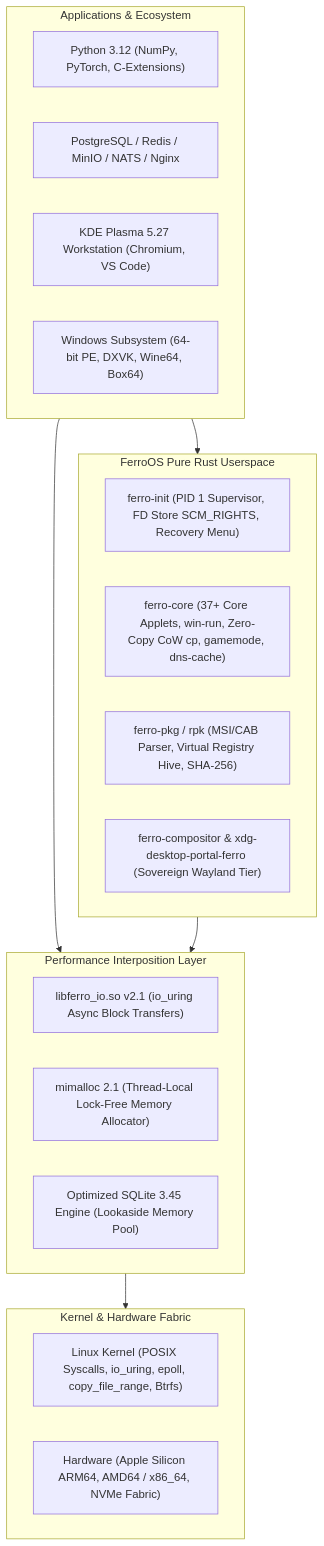
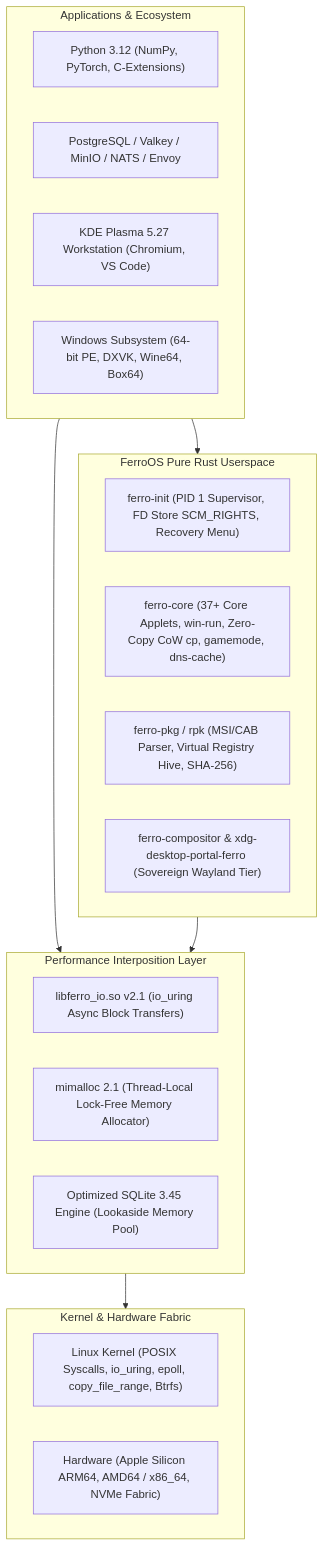
Before and after one commit to Praveen-1308/ferro-os: the diagram in README.md, drawn with Mermaid. The commit also changed other lines of this file and 23 other files, not shown here.

Commit message:
docs: streamline README with compact empirical charts, pre-run audit checklist, C100K benchmark, and custom cloud OS landscape

````diff
--- a/README.md
+++ b/README.md
@@ -530,32 +220,32 @@
 ```mermaid
 flowchart TD
     subgraph Apps["Applications & Ecosystem"]
         A1["Python 3.12 (NumPy, PyTorch, C-Extensions)"]
-        A2["PostgreSQL / Redis / MinIO / NATS / Nginx"]
+        A2["PostgreSQL / Valkey / MinIO / NATS / Envoy"]
         A3["KDE Plasma 5.27 Workstation (Chromium, VS Code)"]
         A4["Windows Subsystem (64-bit PE, DXVK, Wine64, Box64)"]
     end
 
     subgraph Userspace["FerroOS Pure Rust Userspace"]
         U1["ferro-init (PID 1 Supervisor, FD Store SCM_RIGHTS, Recovery Menu)"]
         U2["ferro-core (37+ Core Applets, win-run, Zero-Copy CoW cp, gamemode, dns-cache)"]
         U3["ferro-pkg / rpk (MSI/CAB Parser, Virtual Registry Hive, SHA-256)"]
         U4["ferro-compositor & xdg-desktop-portal-ferro (Sovereign Wayland Tier)"]
     end
 
     subgraph Shims["Performance Interposition Layer"]
         S1["libferro_io.so v2.1 (io_uring Async Block Transfers)"]
         S2["mimalloc 2.1 (Thread-Local Lock-Free Memory Allocator)"]
         S3["Optimized SQLite 3.45 Engine (Lookaside Memory Pool)"]
     end
 
     subgraph Kernel["Kernel & Hardware Fabric"]
         K1["Linux Kernel (POSIX Syscalls, io_uring, epoll, copy_file_range, Btrfs)"]
         K2["Hardware (Apple Silicon ARM64, AMD64 / x86_64, NVMe Fabric)"]
     end
 
     Apps --> Userspace
     Apps --> Shims
     Userspace --> Shims
     Shims --> Kernel
 ```
````
